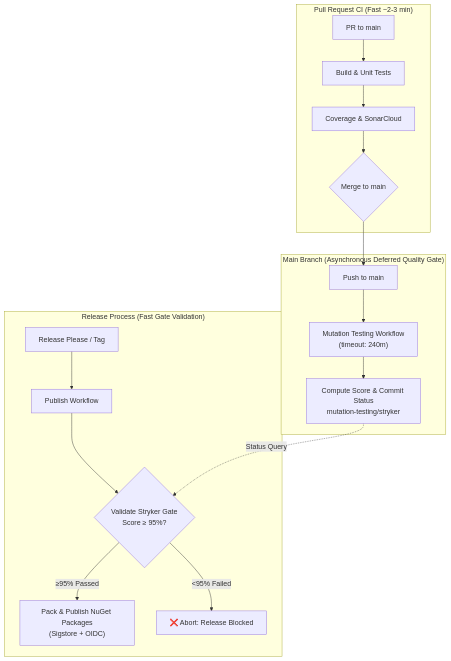
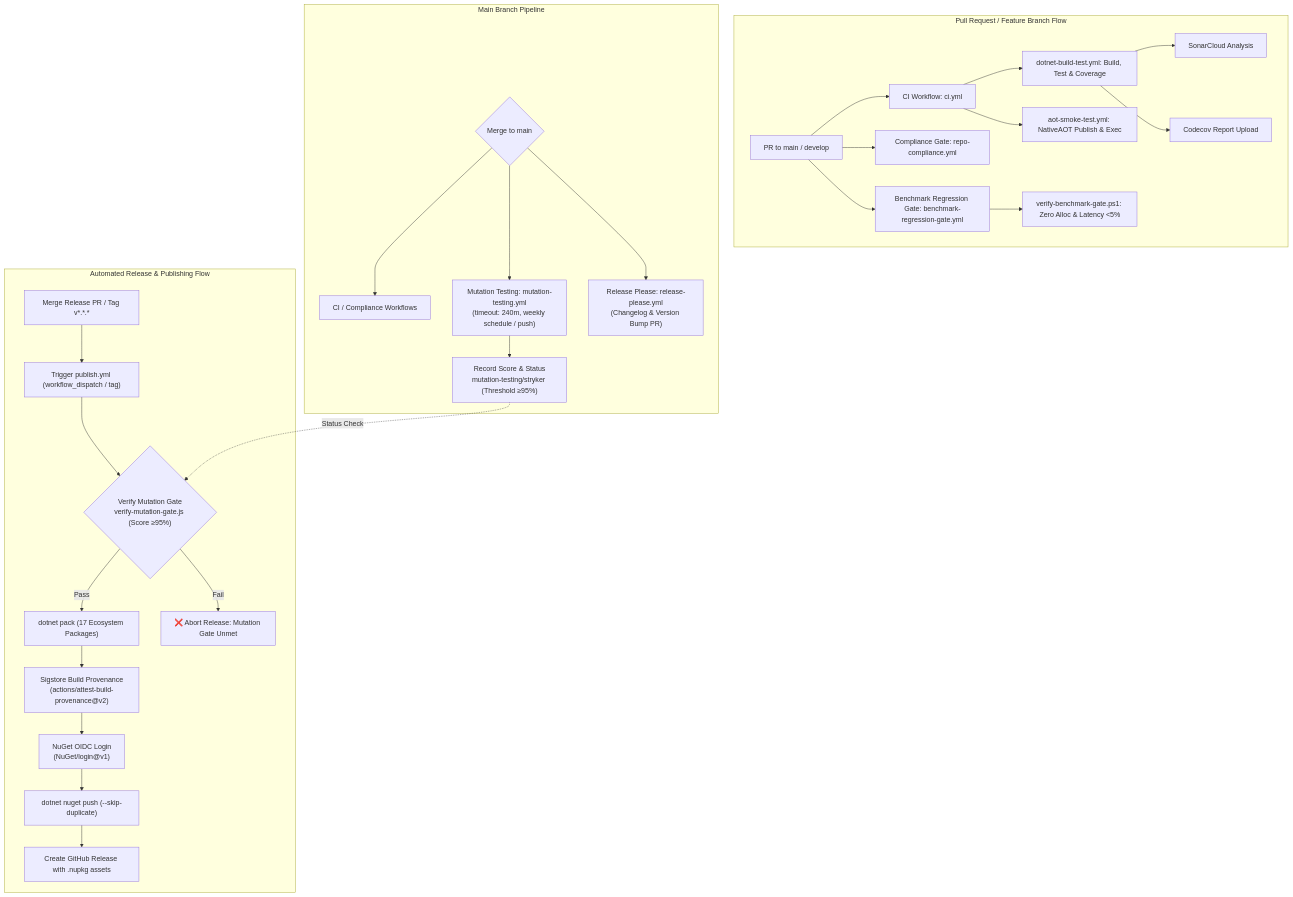
Before and after one commit to ericksonlopezf/dotnet-pagination: the diagram in docs/ci-cd-pipelines.md, drawn with Mermaid. The commit also changed other lines of this file and 407 other files, not shown here.

````diff
--- a/docs/ci-cd-pipelines.md
+++ b/docs/ci-cd-pipelines.md
@@ -100,22 +10,34 @@
 ```mermaid
 graph TD
-    subgraph "Pull Request CI (Fast ~2-3 min)"
-        PR[PR to main] --> BuildPR[Build & Unit Tests]
-        BuildPR --> CovPR[Coverage & SonarCloud]
-        CovPR --> MergePR{Merge to main}
+    subgraph "Pull Request / Feature Branch Flow"
+        PR[PR to main / develop] --> CI_Orch[CI Workflow: ci.yml]
+        PR --> Comp[Compliance Gate: repo-compliance.yml]
+        PR --> BenchGate[Benchmark Regression Gate: benchmark-regression-gate.yml]
+        
+        CI_Orch --> BuildTest[dotnet-build-test.yml: Build, Test & Coverage]
+        CI_Orch --> AotSmoke[aot-smoke-test.yml: NativeAOT Publish & Exec]
+        
+        BuildTest --> Sonar[SonarCloud Analysis]
+        BuildTest --> Codecov[Codecov Report Upload]
+        BenchGate --> EvalGate[verify-benchmark-gate.ps1: Zero Alloc & Latency <5%]
     end
 
-    subgraph "Main Branch (Asynchronous Deferred Quality Gate)"
-        MergePR --> PushMain[Push to main]
-        PushMain --> StrykerRun["Mutation Testing Workflow<br/>(timeout: 240m)"]
-        StrykerRun --> StrykerScore["Compute Score & Commit Status<br/>mutation-testing/stryker"]
+    subgraph "Main Branch Pipeline"
+        MergePR{Merge to main} --> PushCI[CI / Compliance Workflows]
+        MergePR --> StrykerRun["Mutation Testing: mutation-testing.yml<br/>(timeout: 240m, weekly schedule / push)"]
+        StrykerRun --> StrykerScore["Record Score & Status<br/>mutation-testing/stryker (Threshold ≥95%)"]
+        MergePR --> RelPlease["Release Please: release-please.yml<br/>(Changelog & Version Bump PR)"]
     end
 
-    subgraph "Release Process (Fast Gate Validation)"
-        RelPR[Release Please / Tag] --> PubRun[Publish Workflow]
-        PubRun --> GateCheck{"Validate Stryker Gate<br/>Score ≥ 95%?"}
-        StrykerScore -.->|Status Query| GateCheck
-        GateCheck -->|≥95% Passed| PackPub["Pack & Publish NuGet Packages<br/>(Sigstore + OIDC)"]
-        GateCheck -->|<95% Failed| AbortRel["❌ Abort: Release Blocked"]
+    subgraph "Automated Release & Publishing Flow"
+        RelMerge[Merge Release PR / Tag v*.*.*] --> TriggerPub["Trigger publish.yml (workflow_dispatch / tag)"]
+        TriggerPub --> GateCheck{"Verify Mutation Gate<br/>verify-mutation-gate.js (Score ≥95%)"}
+        StrykerScore -.->|Status Check| GateCheck
+        GateCheck -->|Pass| PackAll["dotnet pack (17 Ecosystem Packages)"]
+        GateCheck -->|Fail| BlockPub["❌ Abort Release: Mutation Gate Unmet"]
+        PackAll --> Attest["Sigstore Build Provenance<br/>(actions/attest-build-provenance@v2)"]
+        Attest --> OIDC["NuGet OIDC Login<br/>(NuGet/login@v1)"]
+        OIDC --> NugetPush["dotnet nuget push (--skip-duplicate)"]
+        NugetPush --> GhRel["Create GitHub Release with .nupkg assets"]
     end
 ```
````
